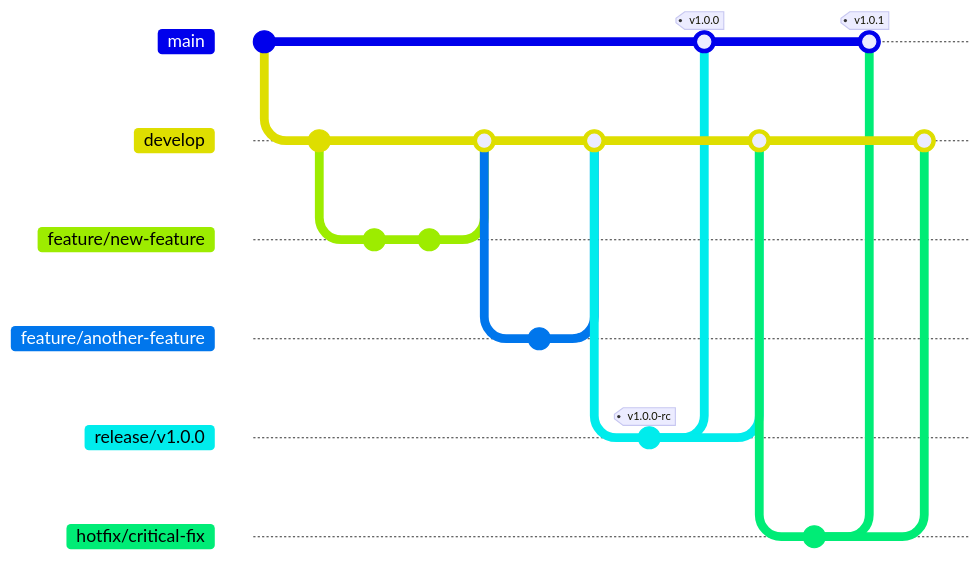
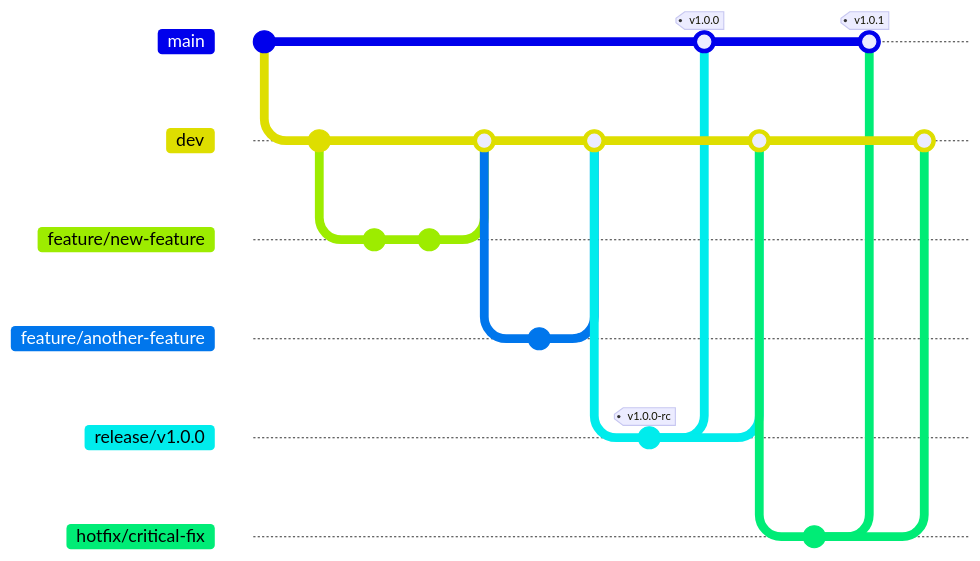
One commit to SarthakMishra/codemap changed the diagram in .github/CONTRIBUTING.md. Above: the diagram before and after it, drawn with Mermaid. The commit also changed other lines of this file, not shown here. Commit ids are hidden.

````diff
--- a/.github/CONTRIBUTING.md
+++ b/.github/CONTRIBUTING.md
@@ -69,36 +69,36 @@
 ```mermaid
 gitGraph
     commit
-    branch develop
-    checkout develop
+    branch dev
+    checkout dev
     commit
 
     branch feature/new-feature
     checkout feature/new-feature
     commit
     commit
-    checkout develop
+    checkout dev
     merge feature/new-feature
 
     branch feature/another-feature
     checkout feature/another-feature
     commit
-    checkout develop
+    checkout dev
     merge feature/another-feature
 
     branch release/v1.0.0
     checkout release/v1.0.0
     commit tag: "v1.0.0-rc"
     checkout main
     merge release/v1.0.0 tag: "v1.0.0"
-    checkout develop
+    checkout dev
     merge release/v1.0.0
 
     branch hotfix/critical-fix
     checkout hotfix/critical-fix
     commit
     checkout main
     merge hotfix/critical-fix tag: "v1.0.1"
-    checkout develop
+    checkout dev
     merge hotfix/critical-fix
 ```
````
